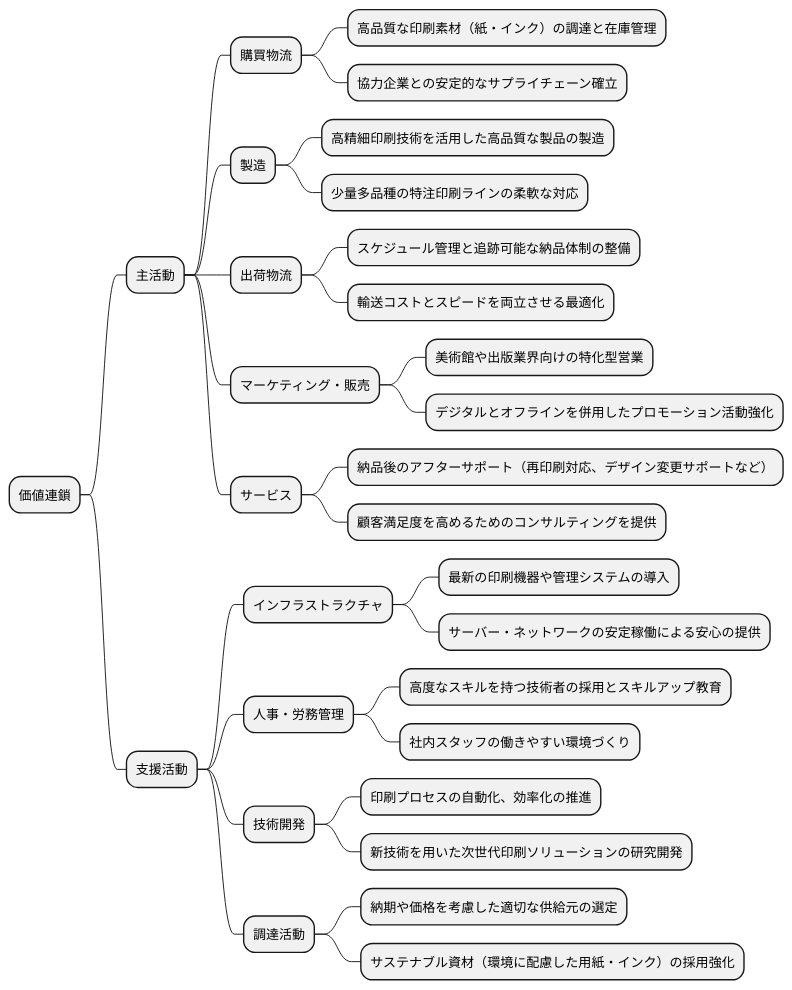
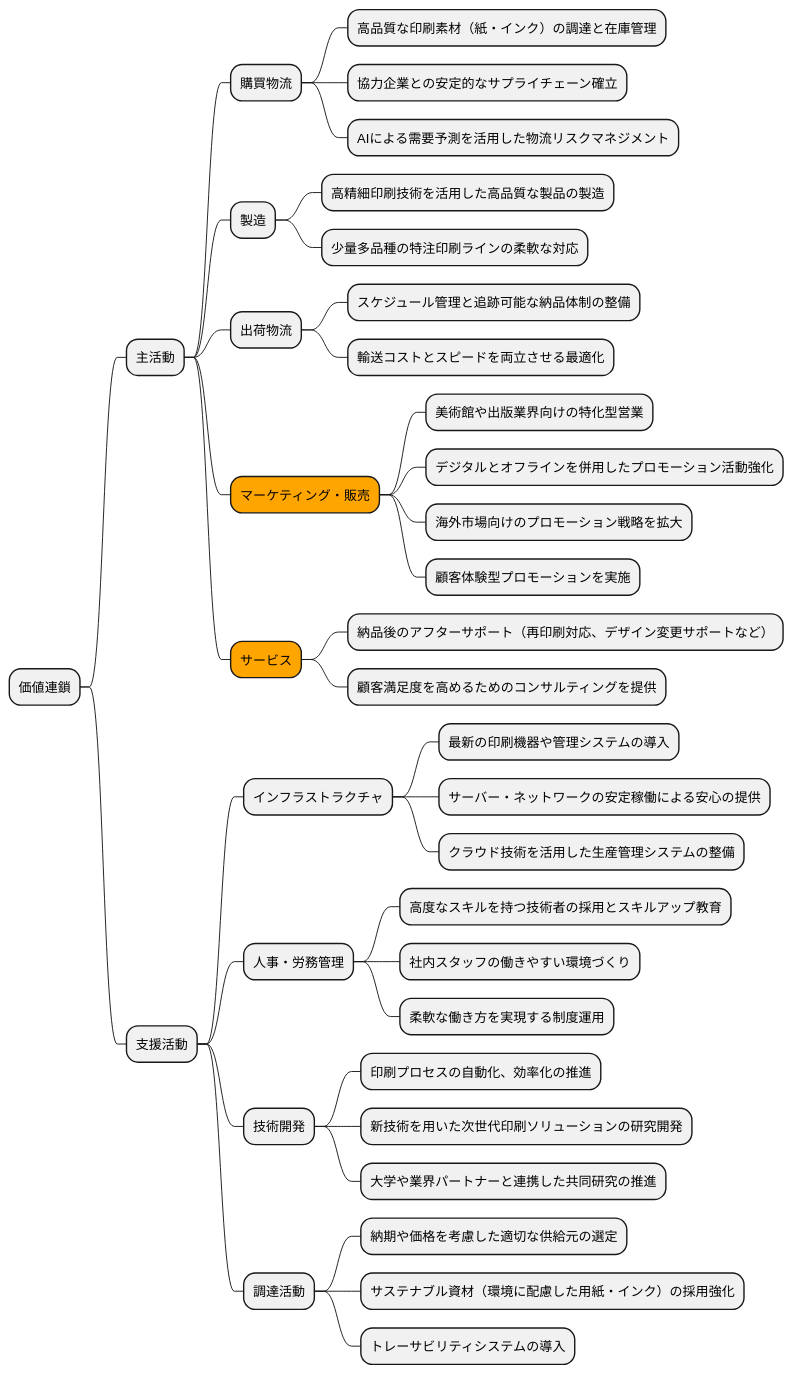
The tenth of 19 diagrams in docs/case/r03_case_1.adoc (k2works/case-study-business-analysis), drawn with PlantUML before and after one commit. The commit also changed other lines of this file, not shown here.

```diff
--- a/docs/case/r03_case_1.adoc
+++ b/docs/case/r03_case_1.adoc
@@ -336,37 +370,44 @@
 [plantuml]
 ----
 @startmindmap
 
 * 価値連鎖
 ** 主活動
 *** 購買物流
 **** 高品質な印刷素材（紙・インク）の調達と在庫管理
 **** 協力企業との安定的なサプライチェーン確立
+**** AIによる需要予測を活用した物流リスクマネジメント
 *** 製造
 **** 高精細印刷技術を活用した高品質な製品の製造
 **** 少量多品種の特注印刷ラインの柔軟な対応
 *** 出荷物流
 **** スケジュール管理と追跡可能な納品体制の整備
 **** 輸送コストとスピードを両立させる最適化
-*** マーケティング・販売
+***[#orange] マーケティング・販売
 **** 美術館や出版業界向けの特化型営業
 **** デジタルとオフラインを併用したプロモーション活動強化
-*** サービス
+**** 海外市場向けのプロモーション戦略を拡大
+**** 顧客体験型プロモーションを実施
+***[#orange] サービス
 **** 納品後のアフターサポート（再印刷対応、デザイン変更サポートなど）
 **** 顧客満足度を高めるためのコンサルティングを提供
 ** 支援活動
 *** インフラストラクチャ
 **** 最新の印刷機器や管理システムの導入
 **** サーバー・ネットワークの安定稼働による安心の提供
+**** クラウド技術を活用した生産管理システムの整備
 *** 人事・労務管理
 **** 高度なスキルを持つ技術者の採用とスキルアップ教育
 **** 社内スタッフの働きやすい環境づくり
+**** 柔軟な働き方を実現する制度運用
 *** 技術開発
 **** 印刷プロセスの自動化、効率化の推進
 **** 新技術を用いた次世代印刷ソリューションの研究開発
+**** 大学や業界パートナーと連携した共同研究の推進
 *** 調達活動
 **** 納期や価格を考慮した適切な供給元の選定
 **** サステナブル資材（環境に配慮した用紙・インク）の採用強化
+**** トレーサビリティシステムの導入
 
 @endmindmap
 ----
```
